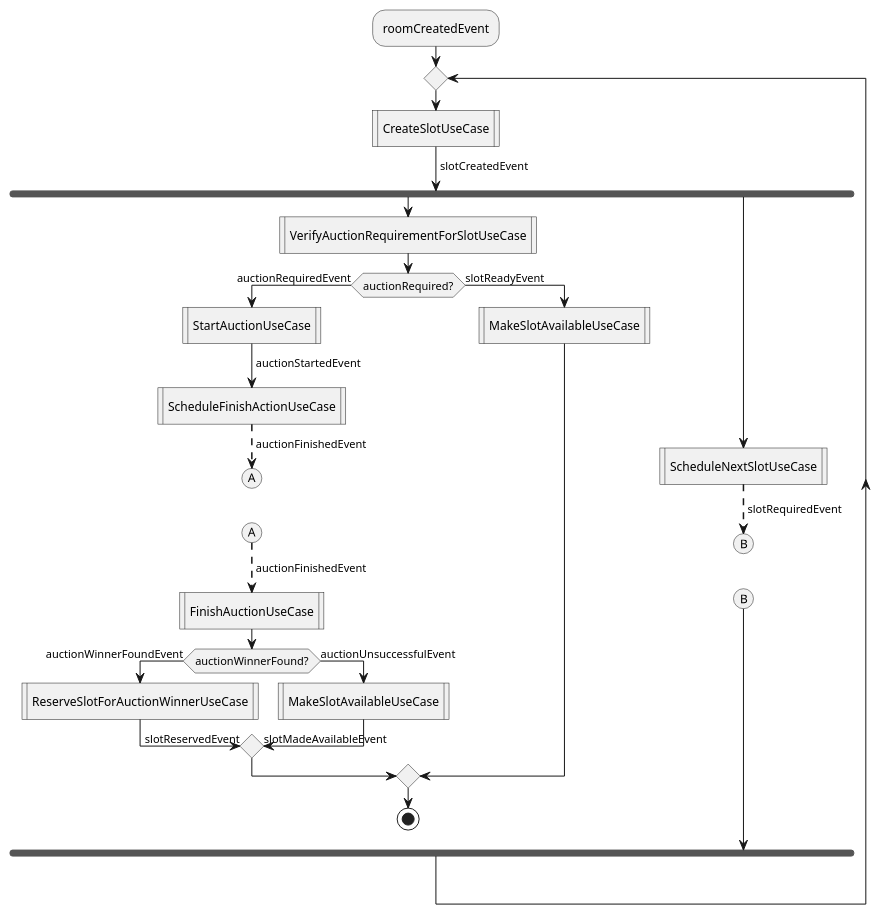
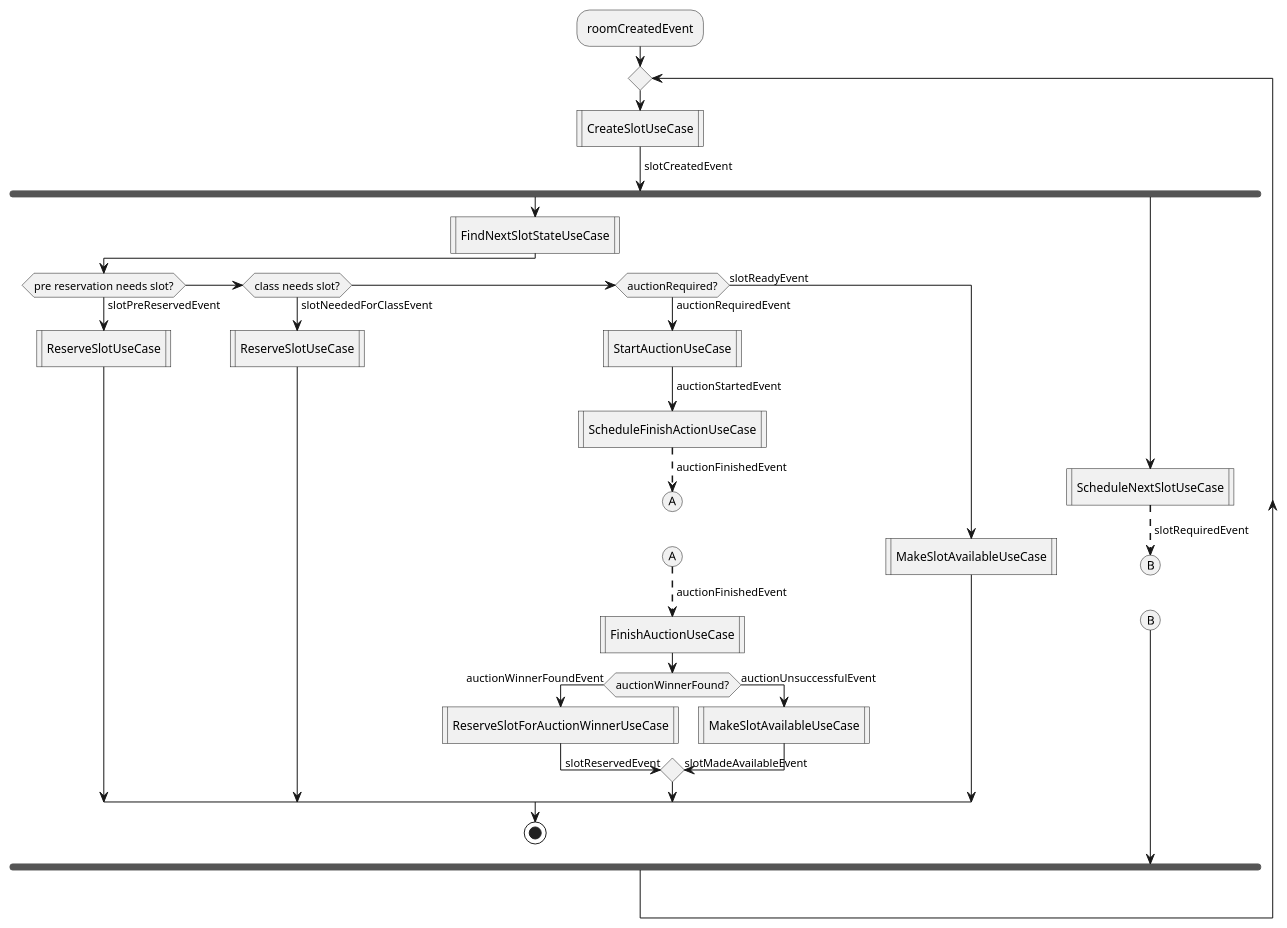
Before and after one commit to juanma-cvega/booking-engine: the diagram in docs/slot_creation_event_flow.puml, drawn with PlantUML. The commit also changed 52 other files, not shown here.

```diff
--- a/docs/slot_creation_event_flow.puml
+++ b/docs/slot_creation_event_flow.puml
@@ -1,39 +1,45 @@
 @startuml
 :roomCreatedEvent;
 repeat
 :CreateSlotUseCase|
 ->slotCreatedEvent;
 fork
-  :VerifyAuctionRequirementForSlotUseCase|
-  if (auctionRequired?) then (yes)
+  :FindNextSlotStateUseCase|
+  if (pre reservation needs slot?) then (yes)
+    ->slotPreReservedEvent;
+    :ReserveSlotUseCase|
+  elseif (class needs slot?) then (yes)
+    ->slotNeededForClassEvent;
+    :ReserveSlotUseCase|
+  elseif (auctionRequired?) then (yes)
     ->auctionRequiredEvent;
     :StartAuctionUseCase|
     ->auctionStartedEvent;
     :ScheduleFinishActionUseCase|
     -[dashed]->auctionFinishedEvent;
     (A)
     detach
     (A)
     -[dashed]->auctionFinishedEvent;
     :FinishAuctionUseCase|
     if (auctionWinnerFound?) then (yes)
       ->auctionWinnerFoundEvent;
       :ReserveSlotForAuctionWinnerUseCase|
       ->slotReservedEvent;
     else (no)
       ->auctionUnsuccessfulEvent;
       :MakeSlotAvailableUseCase|
       ->slotMadeAvailableEvent;
     endif
   else (no)
     ->slotReadyEvent;
     :MakeSlotAvailableUseCase|
   endif
   stop
 fork again
   :ScheduleNextSlotUseCase|
   -[dashed]->slotRequiredEvent;
   (B)
   detach
   (B)
 @enduml
```
